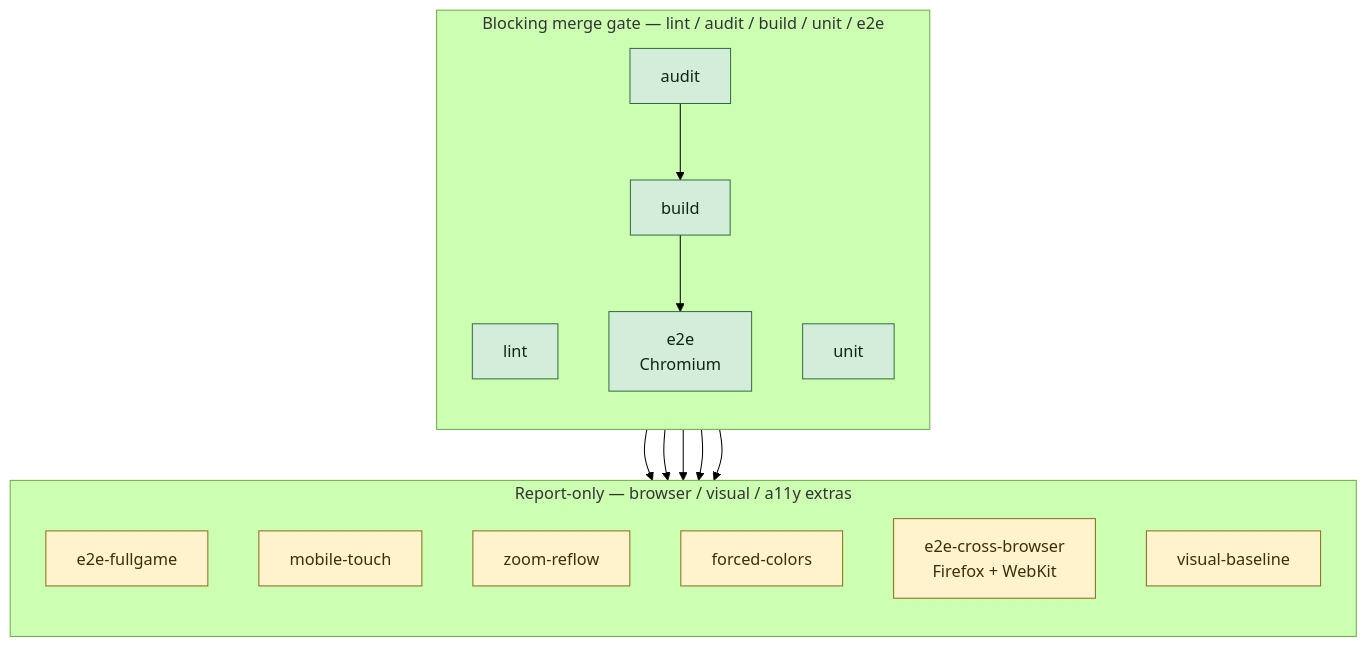
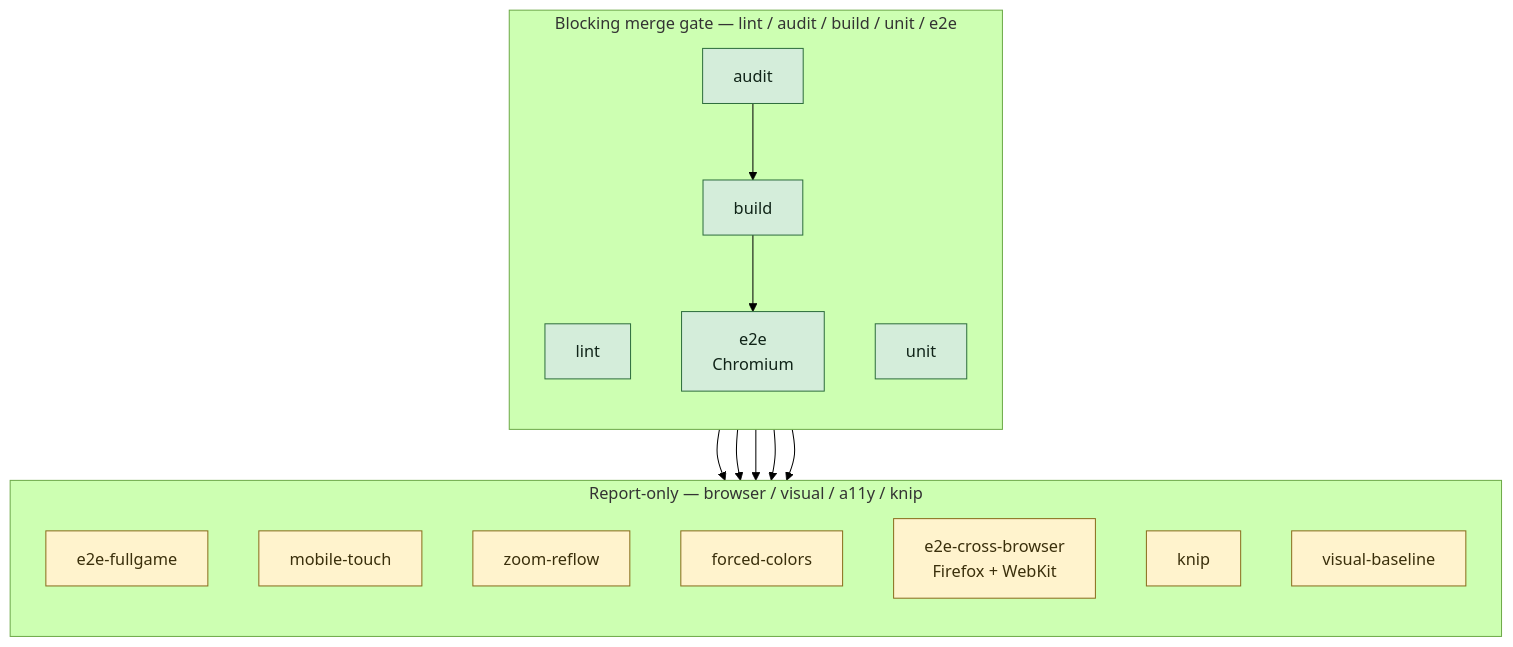
The diagram in docs/dev/ci-gates-mermaid-q-mp-073.md (fuzzywigg/math-pentathlon), drawn with Mermaid (forest theme) before and after one commit. The commit also changed other lines of this file, not shown here.

First line of the commit message:
docs(q-mp-692): add missing knip job to CI gates Mermaid map

````diff
--- a/docs/dev/ci-gates-mermaid-q-mp-073.md
+++ b/docs/dev/ci-gates-mermaid-q-mp-073.md
@@ -20,33 +20,34 @@
 ```mermaid
 flowchart TB
   subgraph blocking ["Blocking merge gate — lint / audit / build / unit / e2e"]
     direction TB
     lint["lint"]
     audit["audit"]
     build["build"]
     unit["unit"]
     e2e["e2e<br/>Chromium"]
     audit --> build
     build --> e2e
   end
 
-  subgraph report ["Report-only — browser / visual / a11y extras"]
+  subgraph report ["Report-only — browser / visual / a11y / knip"]
     direction TB
     fullgame["e2e-fullgame"]
     mobile["mobile-touch"]
     zoom["zoom-reflow"]
     forced["forced-colors"]
     cross["e2e-cross-browser<br/>Firefox + WebKit"]
+    knip["knip"]
     visual["visual-baseline"]
     build --> fullgame
     build --> mobile
     build --> zoom
     build --> forced
     build --> cross
   end
 
   classDef gate fill:#d4edda,stroke:#2f6f3e,color:#102418;
   classDef soft fill:#fff3cd,stroke:#8a6d1d,color:#3a2f0b;
   class lint,audit,build,unit,e2e gate;
-  class fullgame,mobile,zoom,forced,cross,visual soft;
+  class fullgame,mobile,zoom,forced,cross,knip,visual soft;
 ```
````
